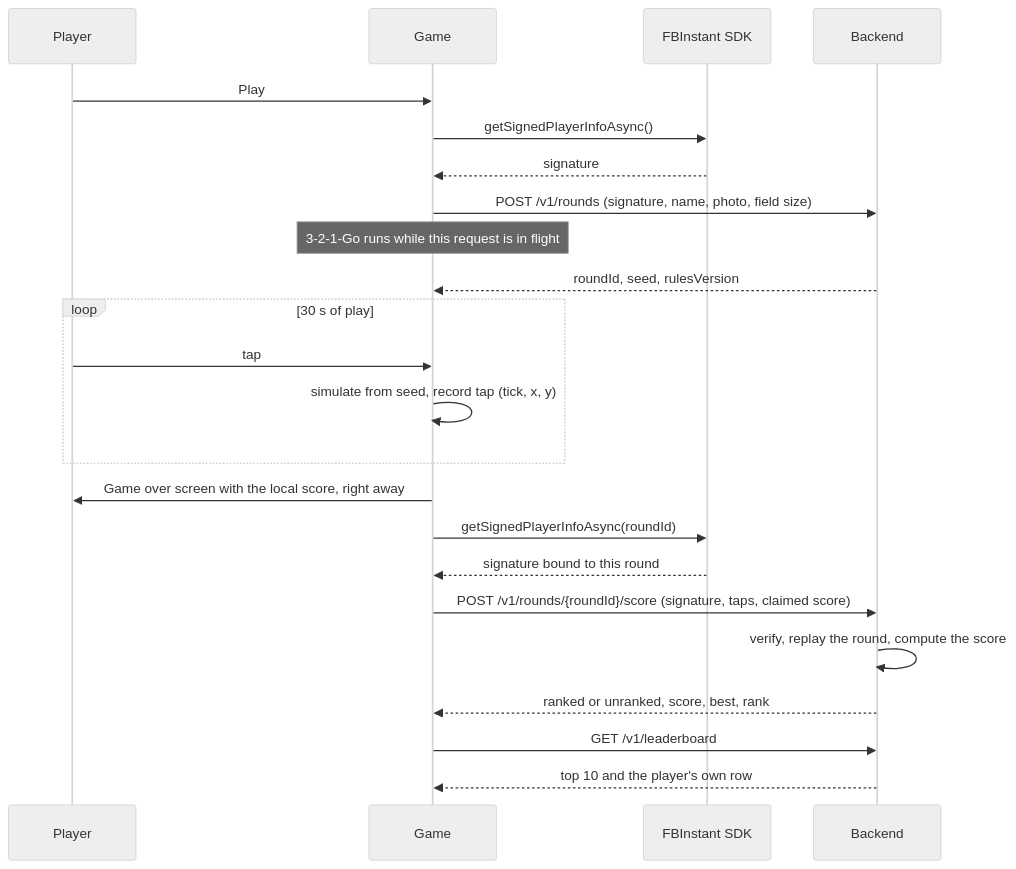
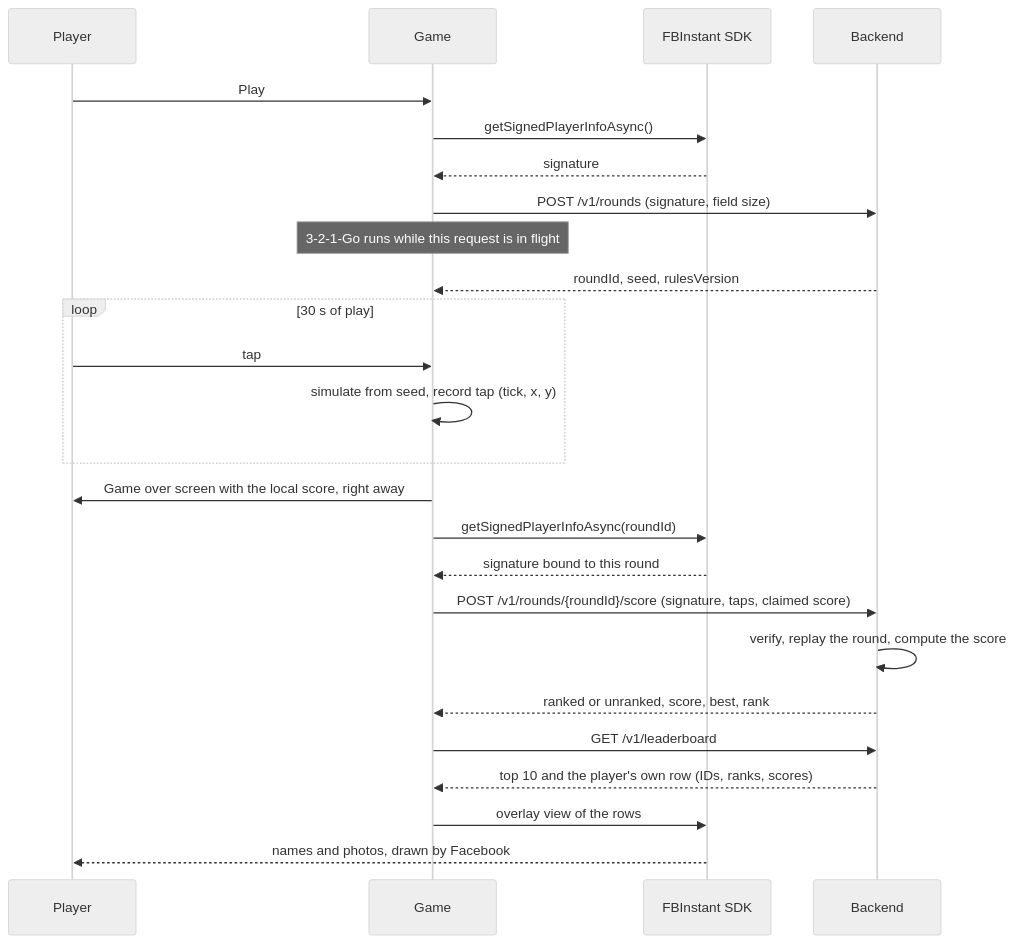
The second of 2 diagrams in docs/architecture.md (JhnChrstnMabuhayTech/tap-rush-game), drawn with Mermaid (neutral theme) before and after one commit. The commit also changed 6 other files, not shown here.

````diff
--- a/docs/architecture.md
+++ b/docs/architecture.md
@@ -38,26 +38,28 @@
 ```mermaid
 sequenceDiagram
   participant P as Player
   participant G as Game
   participant FB as FBInstant SDK
   participant API as Backend
 
   P->>G: Play
   G->>FB: getSignedPlayerInfoAsync()
   FB-->>G: signature
-  G->>API: POST /v1/rounds (signature, name, photo, field size)
+  G->>API: POST /v1/rounds (signature, field size)
   Note over G: 3-2-1-Go runs while this request is in flight
   API-->>G: roundId, seed, rulesVersion
   loop 30 s of play
     P->>G: tap
     G->>G: simulate from seed, record tap (tick, x, y)
   end
   G->>P: Game over screen with the local score, right away
   G->>FB: getSignedPlayerInfoAsync(roundId)
   FB-->>G: signature bound to this round
   G->>API: POST /v1/rounds/{roundId}/score (signature, taps, claimed score)
   API->>API: verify, replay the round, compute the score
   API-->>G: ranked or unranked, score, best, rank
   G->>API: GET /v1/leaderboard
-  API-->>G: top 10 and the player's own row
+  API-->>G: top 10 and the player's own row (IDs, ranks, scores)
+  G->>FB: overlay view of the rows
+  FB-->>P: names and photos, drawn by Facebook
 ```
````
